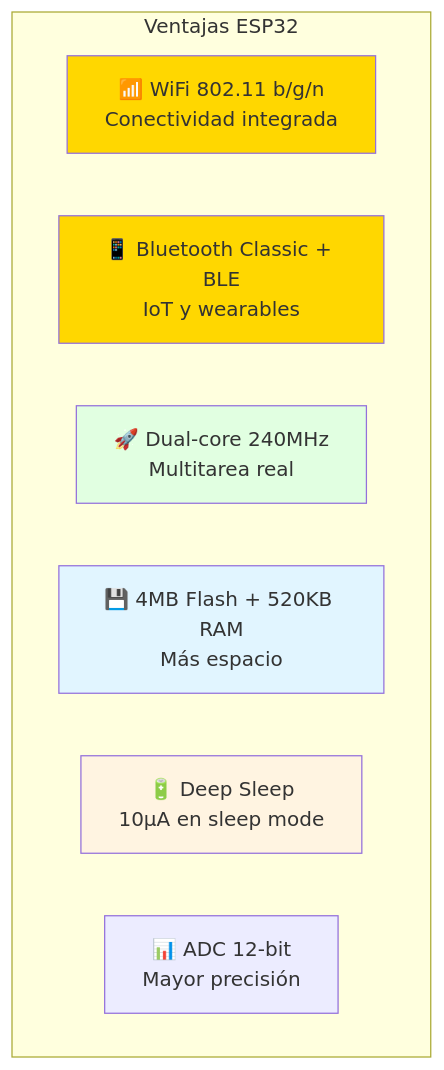
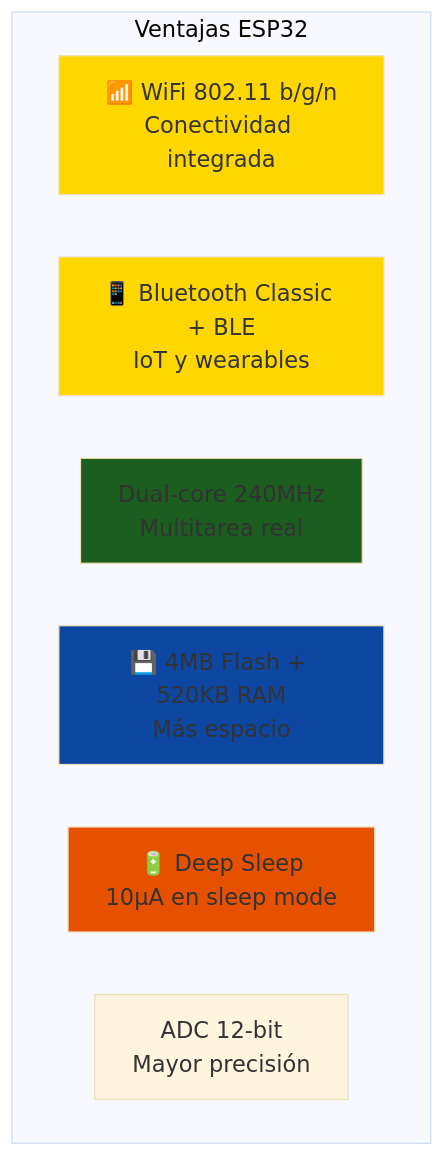
Diagram 11 of 16 in courses/🟡-development/FPUNA-2026/02-ELECTRONICA-AUTOMATIZACION/03-desarrollo-firmware.md (Ai-Whisperers/Courses-Content), drawn with Mermaid before and after one commit. The commit also changed other lines of this file and 47 other files, not shown here.

First line of the commit message:
fix: Make all 473 diagrams WCAG AAA accessible (FPUNA-2026)

````diff
--- a/courses/🟡-development/FPUNA-2026/02-ELECTRONICA-AUTOMATIZACION/03-desarrollo-firmware.md
+++ b/courses/🟡-development/FPUNA-2026/02-ELECTRONICA-AUTOMATIZACION/03-desarrollo-firmware.md
@@ -789,17 +799,18 @@
 ```mermaid
+%%{init: {'theme':'base', 'themeVariables': {'fontSize':'18px'}}}%%
 graph TD
     subgraph "Ventajas ESP32"
         A[📶 WiFi 802.11 b/g/n<br/>Conectividad integrada]
         B[📱 Bluetooth Classic + BLE<br/>IoT y wearables]
-        C[🚀 Dual-core 240MHz<br/>Multitarea real]
+        C[Dual-core 240MHz<br/>Multitarea real]
         D[💾 4MB Flash + 520KB RAM<br/>Más espacio]
         E[🔋 Deep Sleep<br/>10µA en sleep mode]
-        F[📊 ADC 12-bit<br/>Mayor precisión]
+        F[ADC 12-bit<br/>Mayor precisión]
     end
     
     style A fill:#FFD700
     style B fill:#FFD700
-    style C fill:#E1FFE1
-    style D fill:#E1F5FF
-    style E fill:#FFF4E1
+    style C fill:#1b5e20
+    style D fill:#0d47a1
+    style E fill:#e65100
 ```
````
